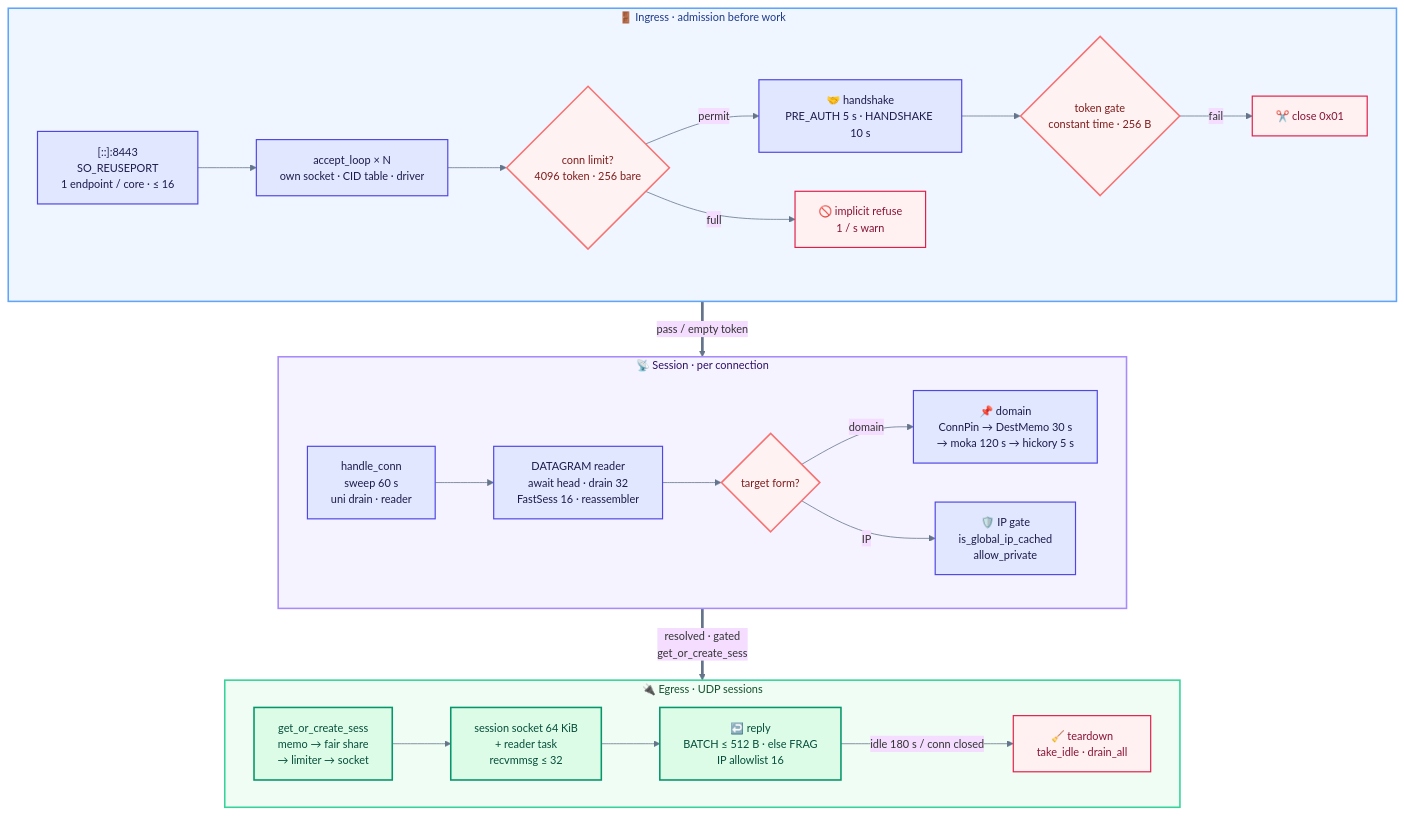
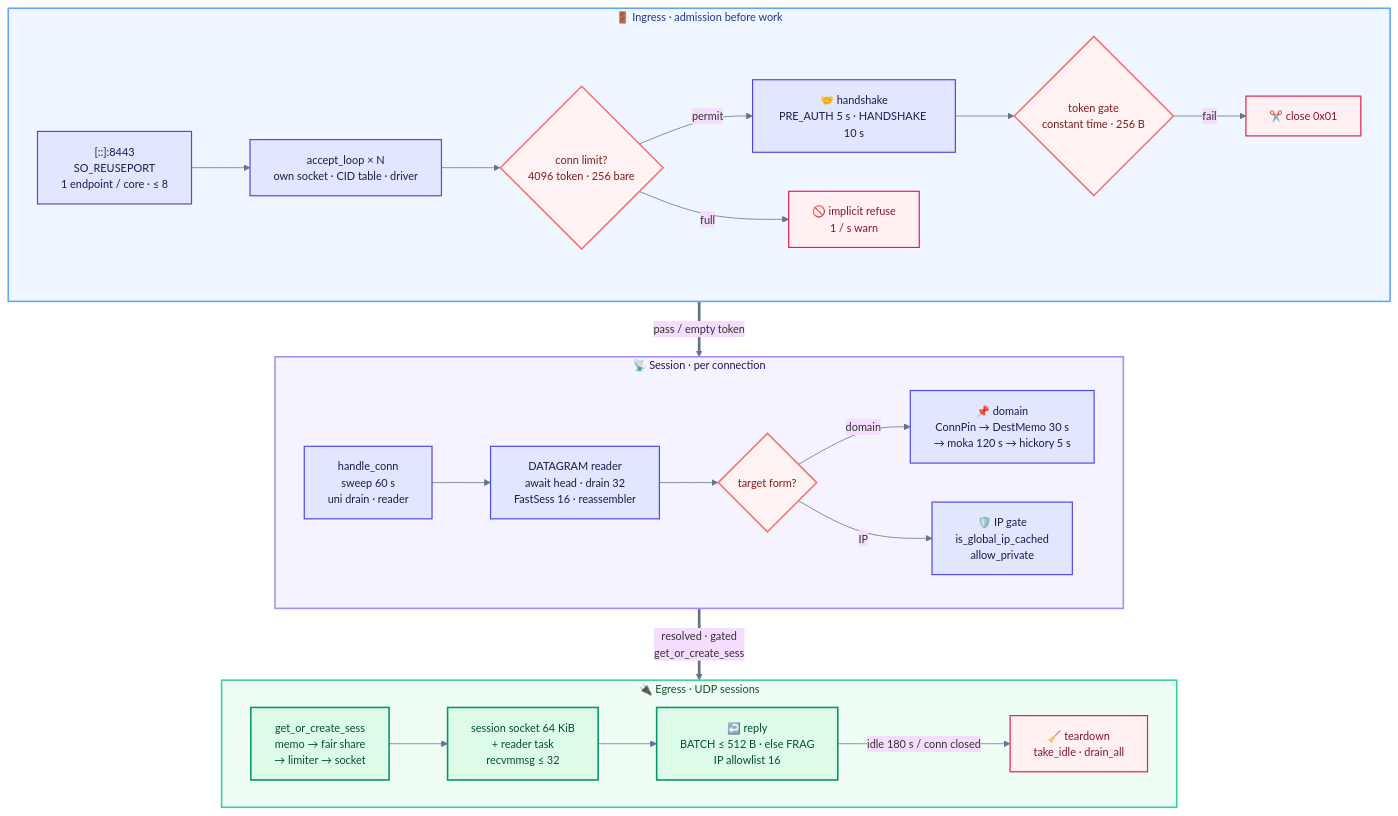
The seventh of 8 diagrams in README.md (Terutoki/MyQUIC2), drawn with Mermaid before and after one commit. The commit also changed other lines of this file and 14 other files, not shown here.

````diff
--- a/README.md
+++ b/README.md
@@ -345,52 +345,52 @@
 ```mermaid
 %%{init: {"theme":"base","themeVariables":{"fontSize":"14px","lineColor":"#64748b"}}}%%
 flowchart TB
     subgraph G1["🚪  Ingress · admission before work"]
         direction LR
-        L["[::]:8443<br/>SO_REUSEPORT<br/>1 endpoint / core · ≤ 16"]
+        L["[::]:8443<br/>SO_REUSEPORT<br/>1 endpoint / core · ≤ 8"]
         A["accept_loop × N<br/>own socket · CID table · driver"]
         G{"conn limit?<br/>4096 token · 256 bare"}
         H["🤝 handshake<br/>PRE_AUTH 5 s · HANDSHAKE 10 s"]
         T{"token gate<br/>constant time · 256 B"}
         RF["🚫 implicit refuse<br/>1 / s warn"]
         C1["✂️ close 0x01"]
         L --> A --> G
         G -->|"permit"| H
         G -->|"full"| RF
         H --> T
         T -->|"fail"| C1
     end
     subgraph G2["📡  Session · per connection"]
         direction LR
         HC["handle_conn<br/>sweep 60 s<br/>uni drain · reader"]
         R["DATAGRAM reader<br/>await head · drain 32<br/>FastSess 16 · reassembler"]
         F{"target form?"}
         DN["📌 domain<br/>ConnPin → DestMemo 30 s<br/>→ moka 120 s → hickory 5 s"]
         SS["🛡️ IP gate<br/>is_global_ip_cached<br/>allow_private"]
         HC --> R --> F
         F -->|"domain"| DN
         F -->|"IP"| SS
     end
     subgraph G3["🔌  Egress · UDP sessions"]
         direction LR
         GS["get_or_create_sess<br/>memo → fair share<br/>→ limiter → socket"]
         SO["session socket 64 KiB<br/>+ reader task<br/>recvmmsg ≤ 32"]
         RP["↩️ reply<br/>BATCH ≤ 512 B · else FRAG<br/>IP allowlist 16"]
         BYE["🧹 teardown<br/>take_idle · drain_all"]
         GS --> SO --> RP
         RP -->|"idle 180 s / conn closed"| BYE
     end
     G1 ==>|"pass / empty token"| G2
     G2 ==>|"resolved · gated<br/>get_or_create_sess"| G3
     style G1 fill:#eff6ff,stroke:#60a5fa,stroke-width:2px,color:#1e3a8a
     style G2 fill:#f5f3ff,stroke:#a78bfa,stroke-width:2px,color:#2e1065
     style G3 fill:#f0fdf4,stroke:#34d399,stroke-width:2px,color:#14532d
     classDef gate fill:#fef2f2,stroke:#f87171,stroke-width:2px,color:#7f1d1d
     classDef good fill:#dcfce7,stroke:#059669,stroke-width:2px,color:#064e3b
     classDef infra fill:#e0e7ff,stroke:#4f46e5,stroke-width:1.5px,color:#1e1b4b
     classDef deny fill:#fff1f2,stroke:#e11d48,stroke-width:1.5px,color:#881337
     class G,T,F gate
     class GS,SO,RP good
     class L,A,H,HC,R,DN,SS infra
     class RF,C1,BYE deny
 ```
````
